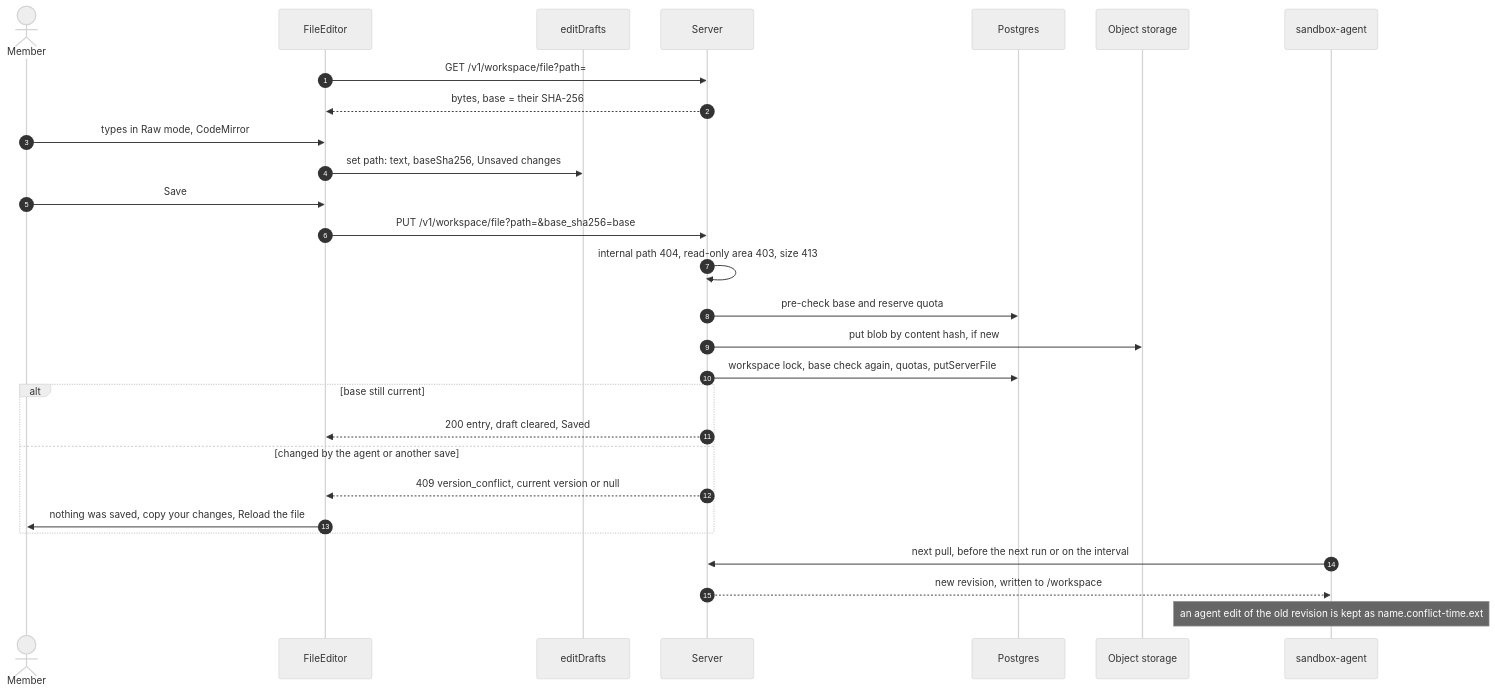
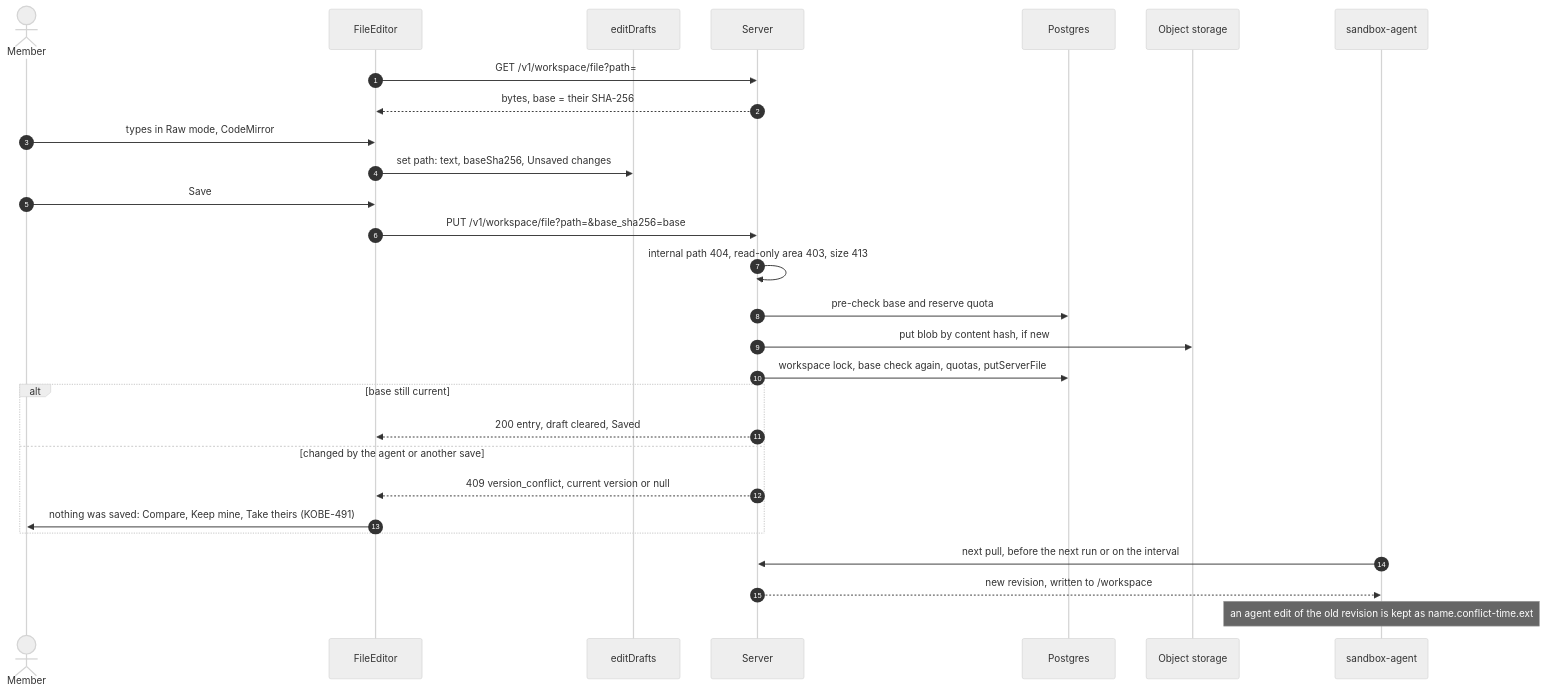
The fifth of 8 diagrams in docs/file-editing.md (SplittingAtom/kobe), drawn with Mermaid (neutral theme) before and after one commit. The commit also changed other lines of this file and 2 other files, not shown here.

Commit message:
docs: live file changes in file-editing section 4, browser spec, ledger (KOBE-496)

````diff
--- a/docs/file-editing.md
+++ b/docs/file-editing.md
@@ -275,31 +275,31 @@
 ```mermaid
 sequenceDiagram
   autonumber
   actor M as Member
   participant E as FileEditor
   participant D as editDrafts
   participant S as Server
   participant DB as Postgres
   participant OS as Object storage
   participant A as sandbox-agent
 
   E->>S: GET /v1/workspace/file?path=
   S-->>E: bytes, base = their SHA-256
   M->>E: types in Raw mode, CodeMirror
   E->>D: set path: text, baseSha256, Unsaved changes
   M->>E: Save
   E->>S: PUT /v1/workspace/file?path=&base_sha256=base
   S->>S: internal path 404, read-only area 403, size 413
   S->>DB: pre-check base and reserve quota
   S->>OS: put blob by content hash, if new
   S->>DB: workspace lock, base check again, quotas, putServerFile
   alt base still current
     S-->>E: 200 entry, draft cleared, Saved
   else changed by the agent or another save
     S-->>E: 409 version_conflict, current version or null
-    E->>M: nothing was saved, copy your changes, Reload the file
+    E->>M: nothing was saved: Compare, Keep mine, Take theirs (KOBE-491)
   end
   A->>S: next pull, before the next run or on the interval
   S-->>A: new revision, written to /workspace
   Note over A: an agent edit of the old revision is kept as name.conflict-time.ext
 ```
````
